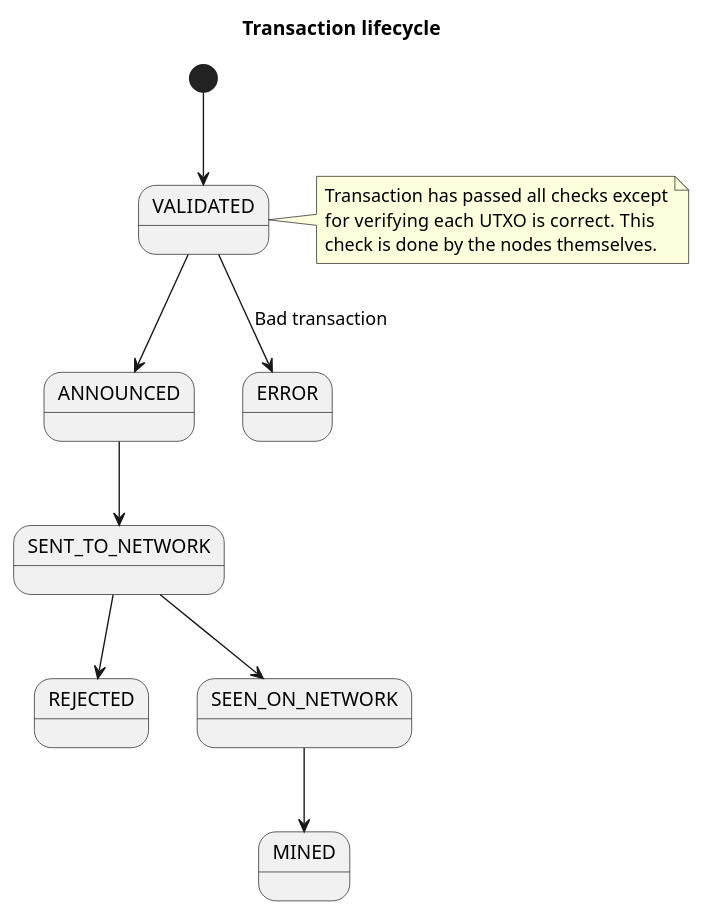
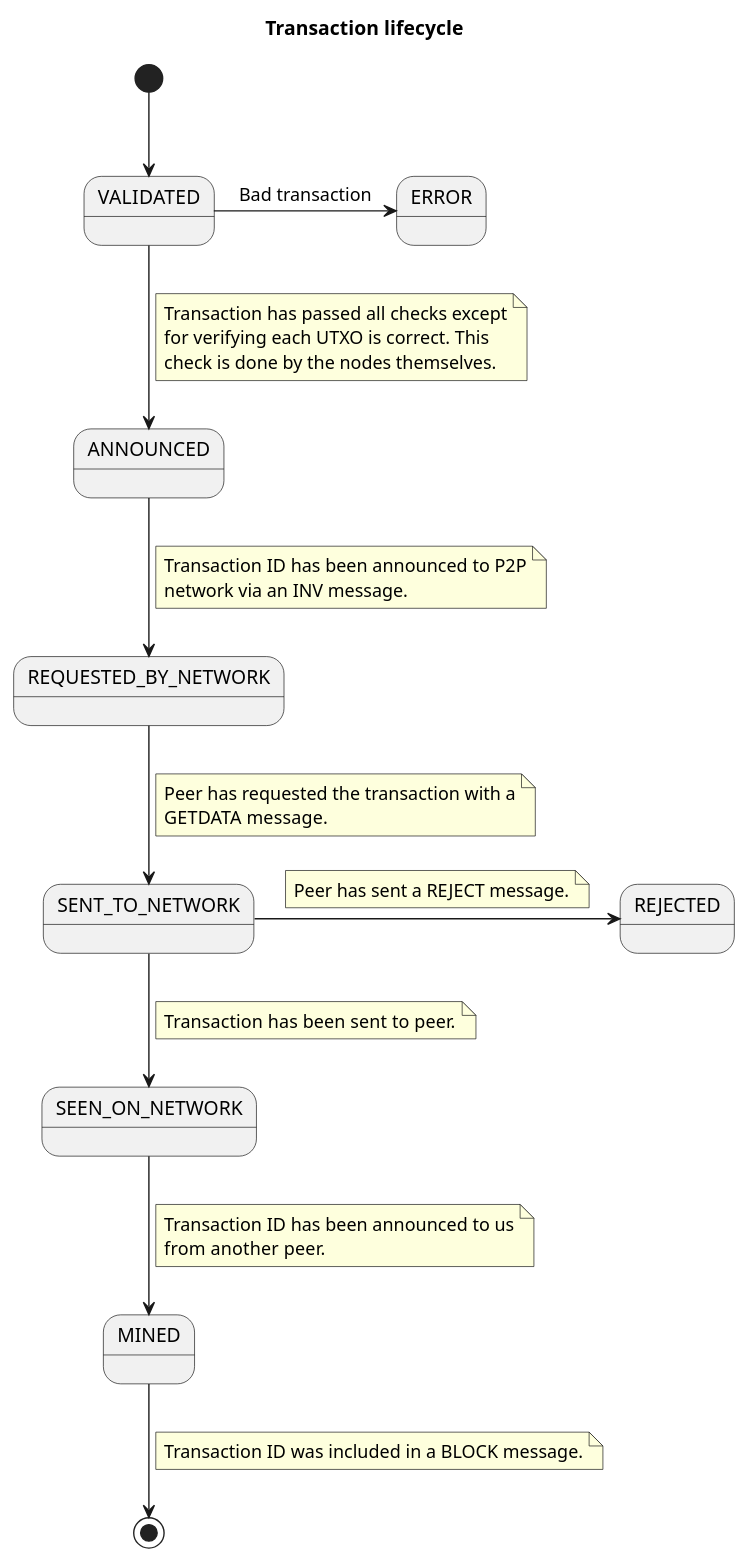
The diagram in doc/transaction_lifecycle.puml (bitcoin-sv/arc), drawn with PlantUML before and after one commit. The commit also changed 9 other files, not shown here.

Commit message:
Adding REQUESTED_BY_NETWORK

```diff
--- a/doc/transaction_lifecycle.puml
+++ b/doc/transaction_lifecycle.puml
@@ -1,17 +1,60 @@
 @startuml
 title Transaction lifecycle
 
+state VALIDATED
+state ANNOUNCED
+state ERROR
+state REQUESTED_BY_NETWORK
+state SENT_TO_NETWORK
+state SEEN_ON_NETWORK
+state REJECTED
+state MINED
+
 [*] --> VALIDATED
-note right: Transaction has passed all checks except\nfor verifying each UTXO is correct.  This\ncheck is done by the nodes themselves.
 
 VALIDATED --> ANNOUNCED
-VALIDATED --> ERROR: Bad transaction
+note on link
+  Transaction has passed all checks except
+  for verifying each UTXO is correct. This
+  check is done by the nodes themselves.
+end note
+VALIDATED -> ERROR: Bad transaction
 
-ANNOUNCED --> SENT_TO_NETWORK
+ANNOUNCED --> REQUESTED_BY_NETWORK
+note on link
+  Transaction ID has been announced to P2P
+  network via an INV message.
+end note
 
-SENT_TO_NETWORK --> REJECTED
+REQUESTED_BY_NETWORK --> SENT_TO_NETWORK
+note on link
+  Peer has requested the transaction with a
+  GETDATA message.
+end note
+
+
+SENT_TO_NETWORK -> REJECTED
+note on link
+  Peer has sent a REJECT message.
+end note
+
 SENT_TO_NETWORK --> SEEN_ON_NETWORK
+note on link
+  Transaction has been sent to peer.
+end note
+
 
 SEEN_ON_NETWORK --> MINED
+note on link
+  Transaction ID has been announced to us
+  from another peer.
+end note
+
+
+MINED --> [*]
+note on link
+  Transaction ID was included in a BLOCK message.
+end note
+
 
 @enduml
```
